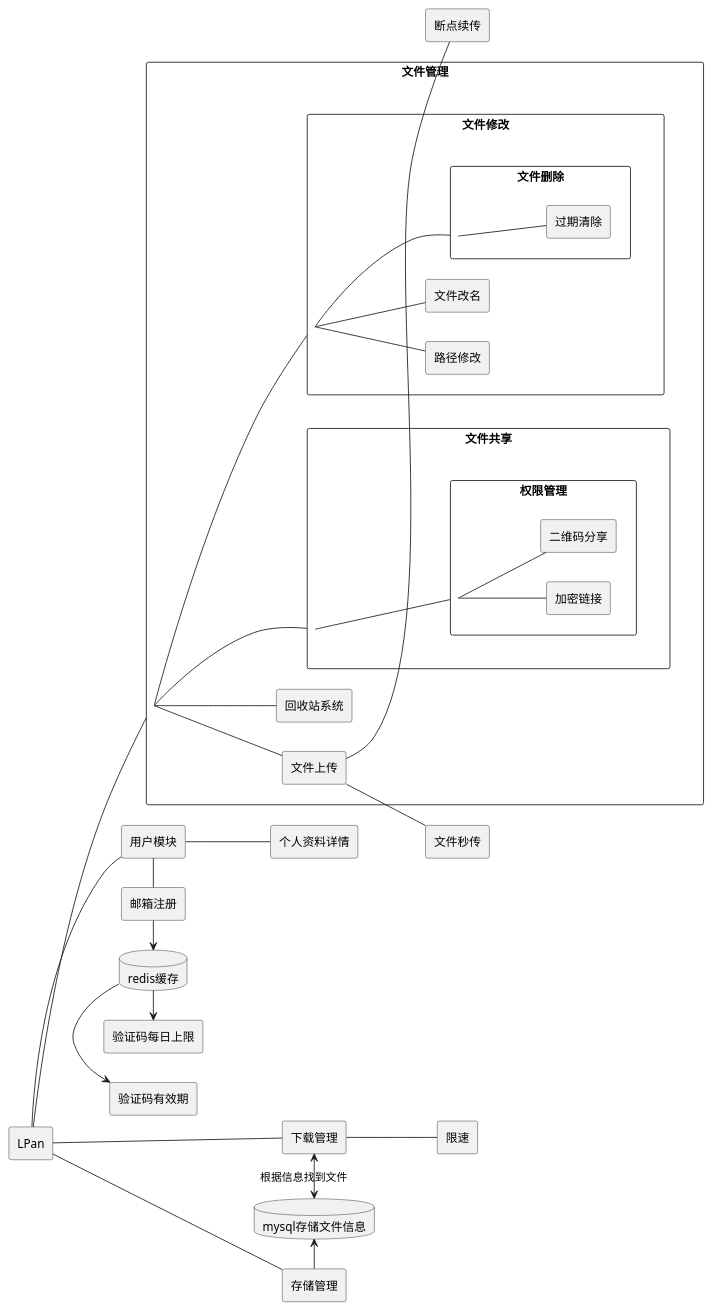
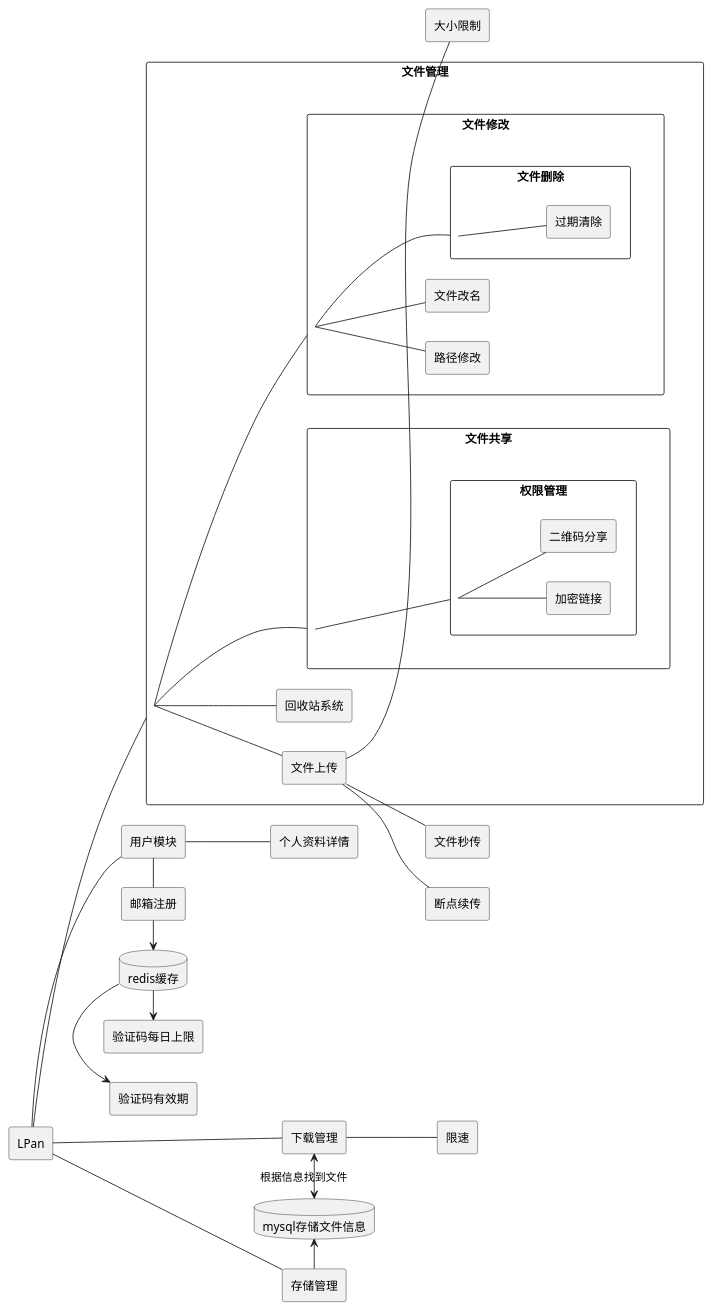
The diagram in LPan.puml (lluckyboi/LPan), drawn with PlantUML before and after one commit. The commit also changed 2 other files, not shown here.

Commit message:
修改架构图 新增大小限制

```diff
--- a/LPan.puml
+++ b/LPan.puml
@@ -1,100 +1,103 @@
 @startuml
 left to right direction
 skinparam packageStyle rectangle
 
 rectangle  LPan
 
 
 rectangle 用户模块{
     LPan -- 用户模块
 }
 rectangle 邮箱注册{
     用户模块 - 邮箱注册
 }
 database redis[
     redis缓存
 ]
 redis ->验证码有效期
 redis ->验证码每日上限
 邮箱注册 -> redis
 rectangle 验证码有效期{
 }
 rectangle 验证码每日上限{
 }
 rectangle 个人资料详情{
     用户模块  -- 个人资料详情
 }
 
 
 
 
 rectangle 存储管理{
     LPan -- 存储管理
 }
 database mysql[
 mysql存储文件信息
 ]
 mysql <- 存储管理
 
 下载管理<->mysql:根据信息找到文件
 
 
 
 rectangle 文件管理{
     LPan -- 文件管理
 }
 rectangle 文件管理{
    文件管理--文件共享
    文件管理--文件修改
    文件管理--文件上传
    文件管理--回收站系统
 }
 rectangle 文件修改{
     文件修改--文件删除
     文件修改--路径修改
     文件修改--文件改名
 }
 rectangle 文件删除{
 文件删除--过期清除
 }
 rectangle 过期清除{
 }
 rectangle 路径修改{
 }
 rectangle 文件改名{
 }
 
 rectangle 文件上传{
 }
 rectangle 回收站系统{
 }
 rectangle 文件共享{
     文件共享 -- 权限管理
 }
 rectangle 权限管理 {
     权限管理--加密链接
     权限管理--二维码分享
 }
 rectangle 加密链接{
 }
 rectangle 二维码分享{
 }
 
 
 
 rectangle 下载管理{
     LPan---下载管理
 }
 rectangle 限速{
    下载管理--限速
 }
 
 rectangle 文件秒传{
     文件上传--文件秒传
 }
 rectangle 断点续传{
     文件上传--断点续传
 }
+rectangle 大小限制{
+    文件上传--大小限制
+}
 
 
 @enduml
```
